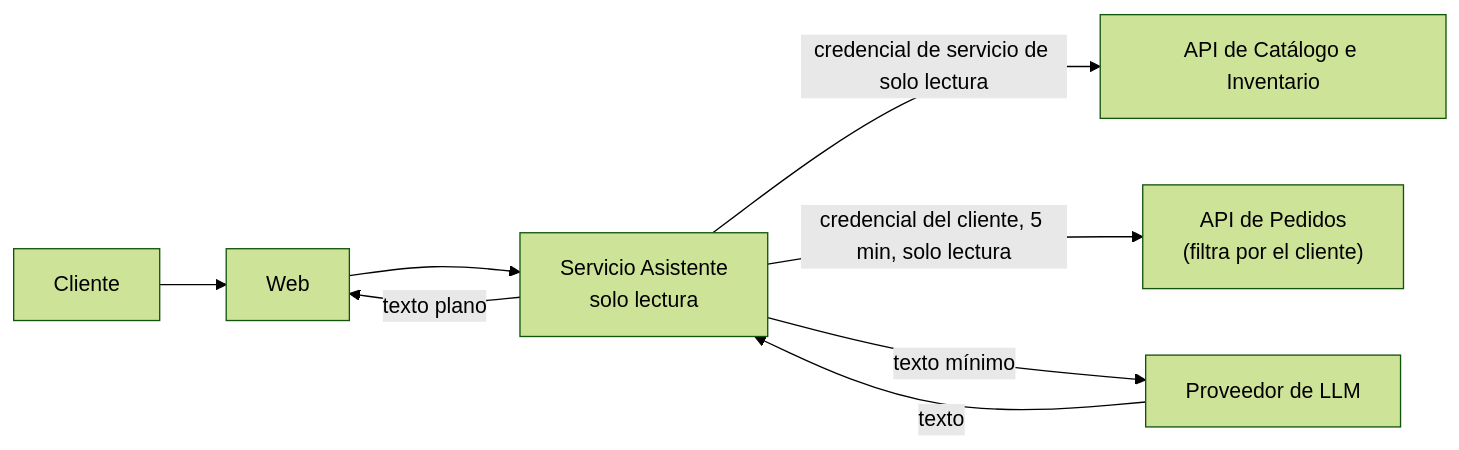
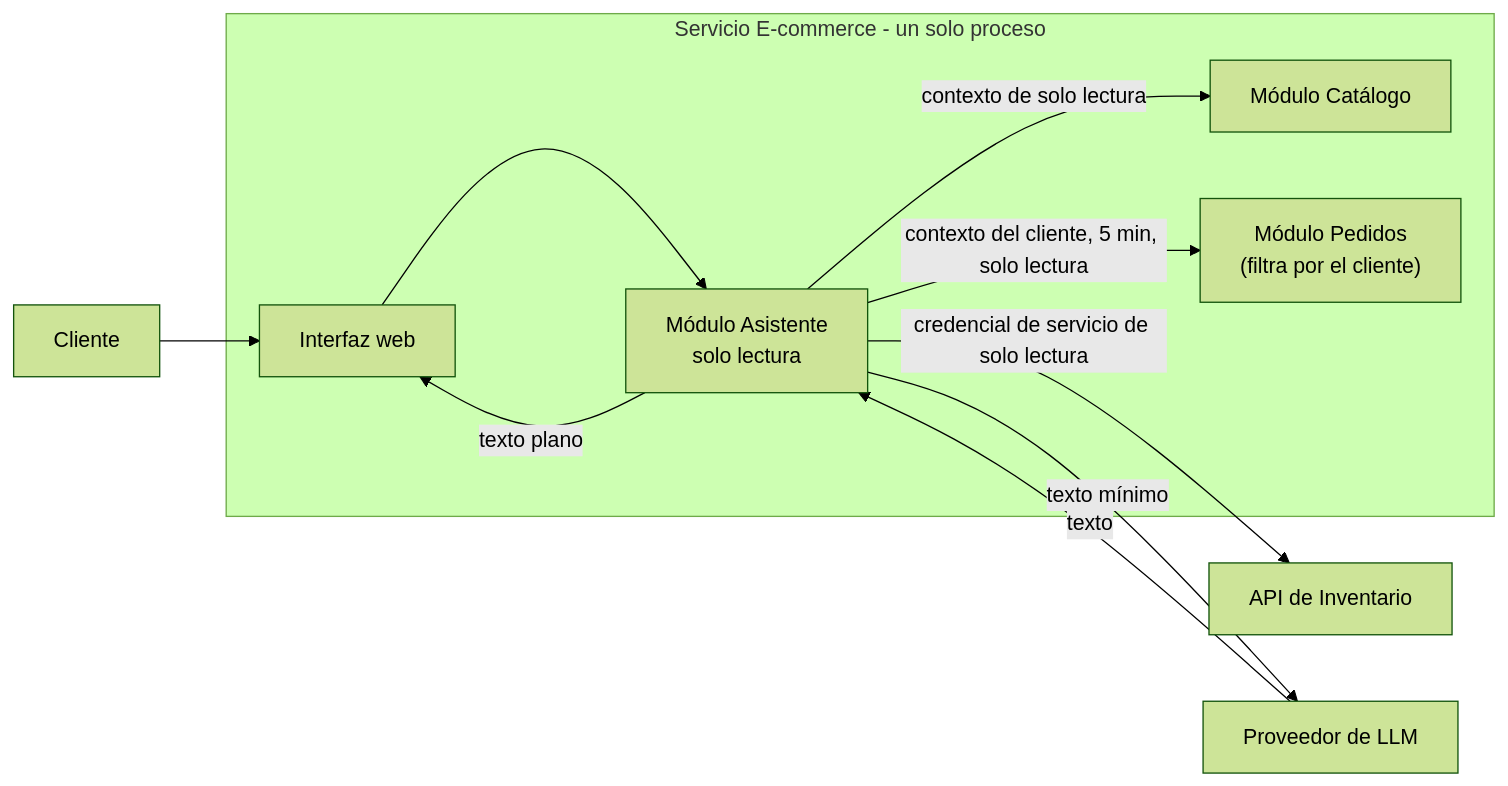
Before and after one commit to P35C4D0R4B1050/BabelHub: the diagram in docs/05-seguridad/06-seguridad-del-asistente.md, drawn with Mermaid (forest theme). The commit also changed other lines of this file and 34 other files, not shown here.

First line of the commit message:
docs: reformulate the architecture around two modular services and six quality attributes

````diff
--- a/docs/05-seguridad/06-seguridad-del-asistente.md
+++ b/docs/05-seguridad/06-seguridad-del-asistente.md
@@ -13,10 +13,13 @@
 ```mermaid
 flowchart LR
-U["Cliente"] --> W["Web"]
-W --> A["Servicio Asistente<br/>solo lectura"]
-A -->|"credencial de servicio de solo lectura"| C["API de Catálogo e Inventario"]
-A -->|"credencial del cliente, 5 min, solo lectura"| P["API de Pedidos<br/>(filtra por el cliente)"]
+U["Cliente"] --> W["Interfaz web"]
+subgraph ECO["Servicio E-commerce - un solo proceso"]
+W --> A["Módulo Asistente<br/>solo lectura"]
+A -->|"contexto de solo lectura"| C["Módulo Catálogo"]
+A -->|"contexto del cliente, 5 min, solo lectura"| P["Módulo Pedidos<br/>(filtra por el cliente)"]
+end
+A -->|"credencial de servicio de solo lectura"| I["API de Inventario"]
 A -->|"texto mínimo"| L["Proveedor de LLM"]
 L -->|"texto"| A
 A -->|"texto plano"| W
 ```
````
